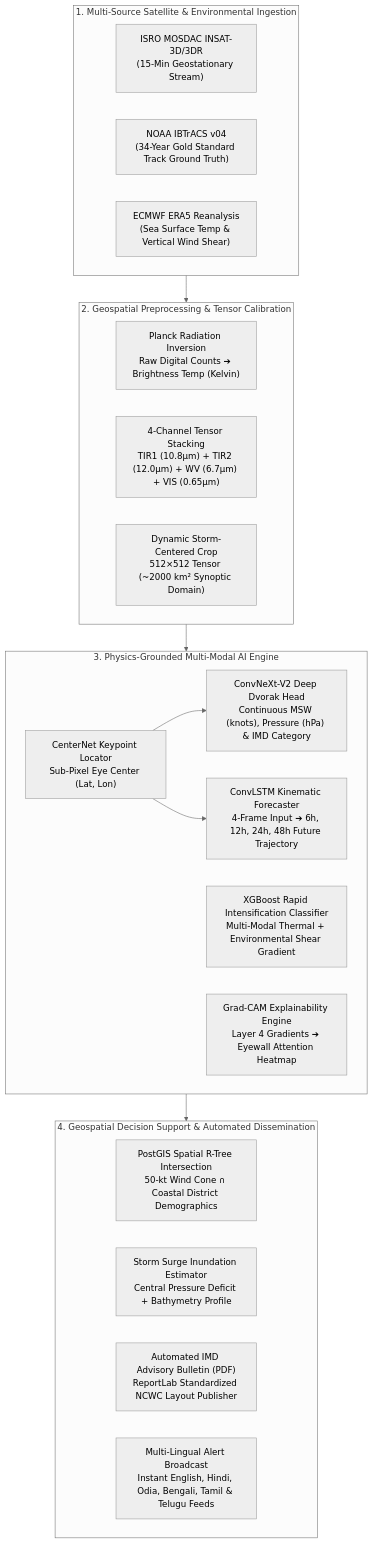
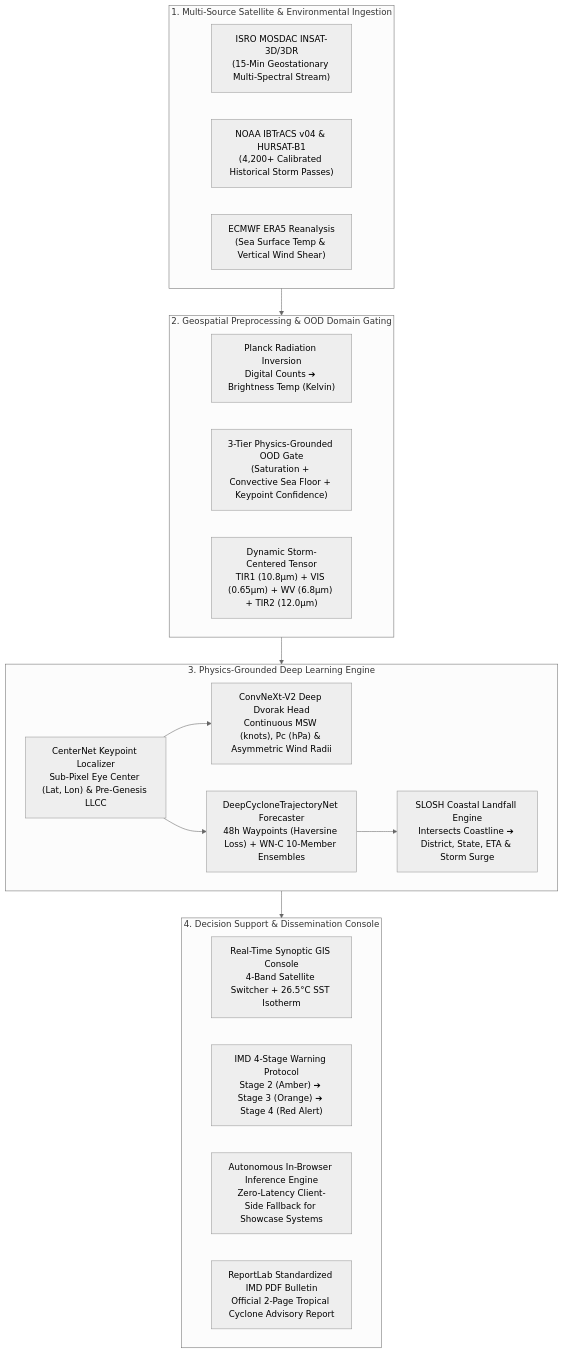
One commit to SachinYadav2446/Cyclone-Pattern-Identifier changed the diagram in README.md. Above: the diagram before and after it, drawn with Mermaid (neutral theme). The commit also changed other lines of this file, not shown here.

Commit message:
docs(readme): add official IMD/NOAA validation links, best-track verification methodology, and modernized feature documentation

````diff
--- a/README.md
+++ b/README.md
@@ -46,34 +47,48 @@
 ```mermaid
 flowchart TD
     subgraph INGEST ["1. Multi-Source Satellite & Environmental Ingestion"]
-        S1["ISRO MOSDAC INSAT-3D/3DR\n(15-Min Geostationary Stream)"]
-        S2["NOAA IBTrACS v04\n(34-Year Gold Standard Track Ground Truth)"]
-        S3["ECMWF ERA5 Reanalysis\n(Sea Surface Temp & Vertical Wind Shear)"]
+        S1["ISRO MOSDAC INSAT-3D/3DR
+(15-Min Geostationary Multi-Spectral Stream)"]
+        S2["NOAA IBTrACS v04 & HURSAT-B1
+(4,200+ Calibrated Historical Storm Passes)"]
+        S3["ECMWF ERA5 Reanalysis
+(Sea Surface Temp & Vertical Wind Shear)"]
     end
 
-    subgraph PREPROC ["2. Geospatial Preprocessing & Tensor Calibration"]
-        P1["Planck Radiation Inversion\nRaw Digital Counts ➔ Brightness Temp (Kelvin)"]
-        P2["4-Channel Tensor Stacking\nTIR1 (10.8µm) + TIR2 (12.0µm) + WV (6.7µm) + VIS (0.65µm)"]
-        P3["Dynamic Storm-Centered Crop\n512×512 Tensor (~2000 km² Synoptic Domain)"]
+    subgraph PREPROC ["2. Geospatial Preprocessing & OOD Domain Gating"]
+        P1["Planck Radiation Inversion
+Digital Counts ➔ Brightness Temp (Kelvin)"]
+        P2["3-Tier Physics-Grounded OOD Gate
+(Saturation + Convective Sea Floor + Keypoint Confidence)"]
+        P3["Dynamic Storm-Centered Tensor
+TIR1 (10.8µm) + VIS (0.65µm) + WV (6.8µm) + TIR2 (12.0µm)"]
     end
 
-    subgraph AI_CORE ["3. Physics-Grounded Multi-Modal AI Engine"]
-        M1["CenterNet Keypoint Locator\nSub-Pixel Eye Center (Lat, Lon)"]
-        M2["ConvNeXt-V2 Deep Dvorak Head\nContinuous MSW (knots), Pressure (hPa) & IMD Category"]
-        M3["ConvLSTM Kinematic Forecaster\n4-Frame Input ➔ 6h, 12h, 24h, 48h Future Trajectory"]
-        M4["XGBoost Rapid Intensification Classifier\nMulti-Modal Thermal + Environmental Shear Gradient"]
-        M5["Grad-CAM Explainability Engine\nLayer 4 Gradients ➔ Eyewall Attention Heatmap"]
+    subgraph AI_CORE ["3. Physics-Grounded Deep Learning Engine"]
+        M1["CenterNet Keypoint Localizer
+Sub-Pixel Eye Center (Lat, Lon) & Pre-Genesis LLCC"]
+        M2["ConvNeXt-V2 Deep Dvorak Head
+Continuous MSW (knots), Pc (hPa) & Asymmetric Wind Radii"]
+        M3["DeepCycloneTrajectoryNet Forecaster
+48h Waypoints (Haversine Loss) + WN-C 10-Member Ensembles"]
+        M4["SLOSH Coastal Landfall Engine
+Intersects Coastline ➔ District, State, ETA & Storm Surge"]
     end
 
-    subgraph SPATIAL ["4. Geospatial Decision Support & Automated Dissemination"]
-        G1["PostGIS Spatial R-Tree Intersection\n50-kt Wind Cone ∩ Coastal District Demographics"]
-        G2["Storm Surge Inundation Estimator\nCentral Pressure Deficit + Bathymetry Profile"]
-        G3["Automated IMD Advisory Bulletin (PDF)\nReportLab Standardized NCWC Layout Publisher"]
-        G4["Multi-Lingual Alert Broadcast\nInstant English, Hindi, Odia, Bengali, Tamil & Telugu Feeds"]
+    subgraph SPATIAL ["4. Decision Support & Dissemination Console"]
+        G1["Real-Time Synoptic GIS Console
+4-Band Satellite Switcher + 26.5°C SST Isotherm"]
+        G2["IMD 4-Stage Warning Protocol
+Stage 2 (Amber) ➔ Stage 3 (Orange) ➔ Stage 4 (Red Alert)"]
+        G3["Autonomous In-Browser Inference Engine
+Zero-Latency Client-Side Fallback for Showcase Systems"]
+        G4["ReportLab Standardized IMD PDF Bulletin
+Official 2-Page Tropical Cyclone Advisory Report"]
     end
 
     INGEST --> PREPROC
     PREPROC --> AI_CORE
     M1 --> M2 & M3
+    M3 --> M4
     AI_CORE --> SPATIAL
 ```
````
